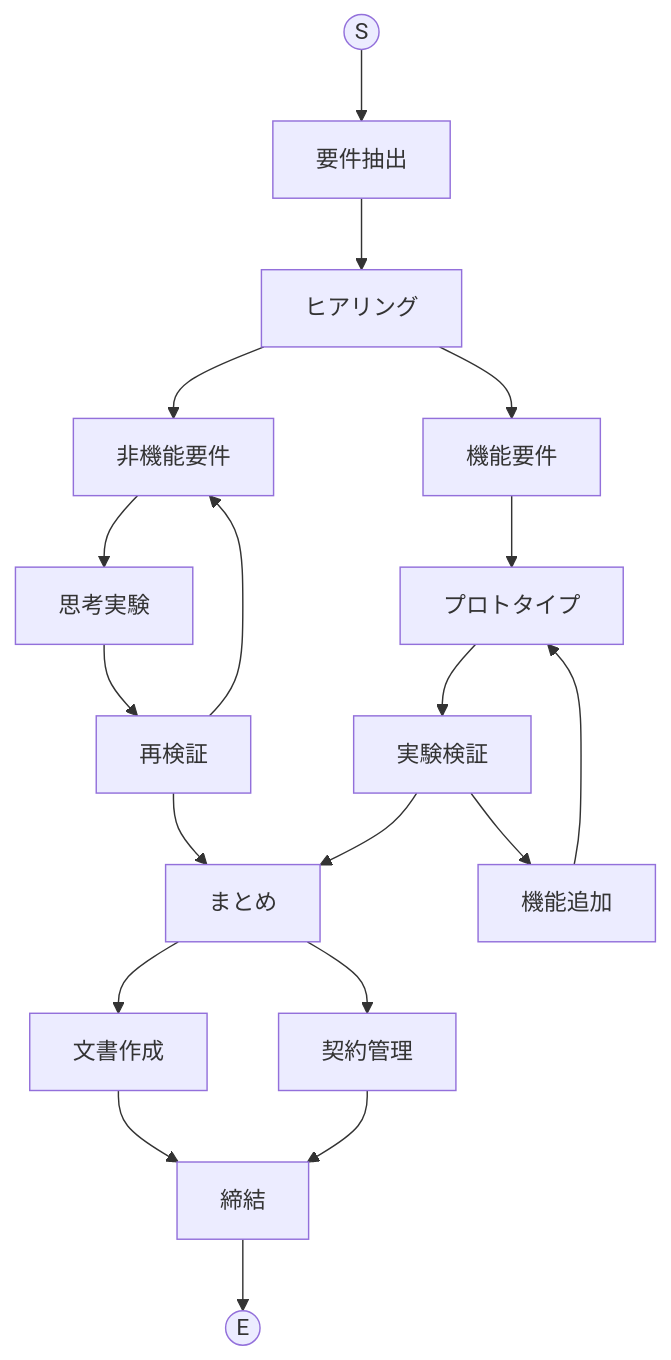
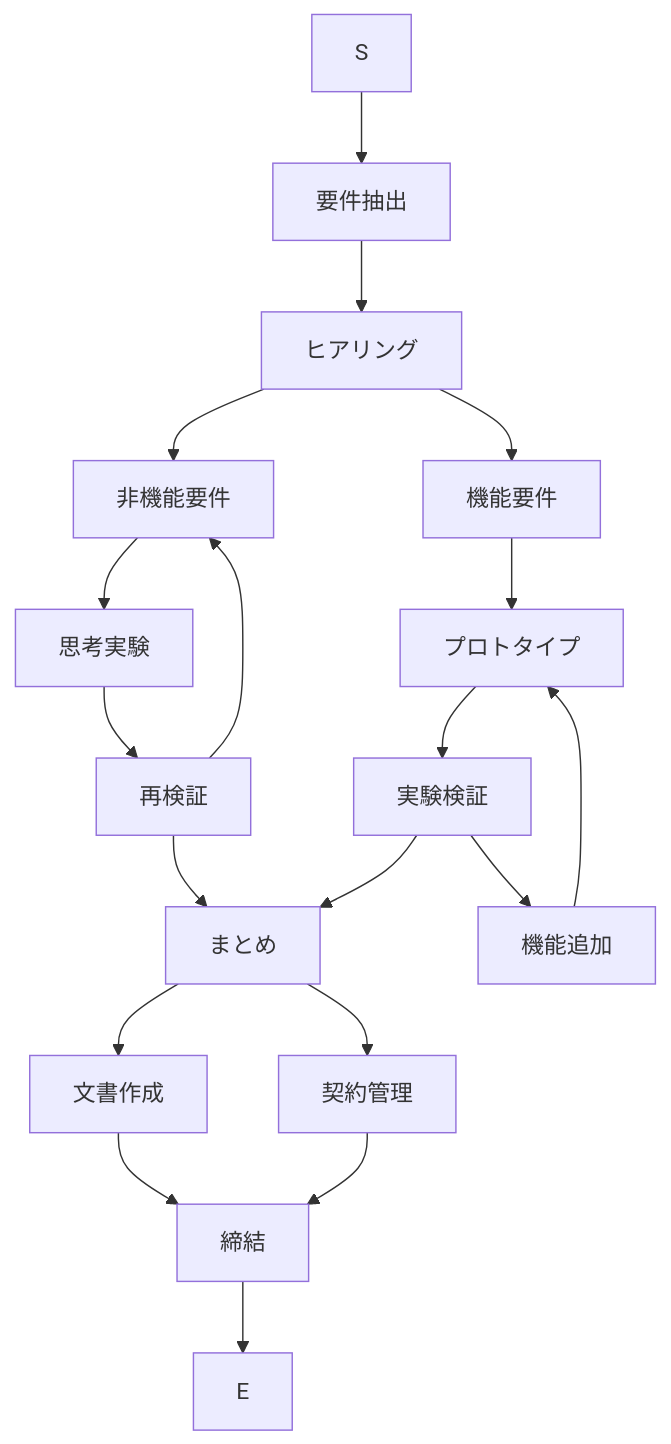
One commit to harumiWeb/exstruct changed the diagram in sample/sample-shape-connector.md. Above: the diagram before and after it, drawn with Mermaid. The commit also changed other lines of this file and 12 other files, not shown here.

````diff
--- a/sample/sample-shape-connector.md
+++ b/sample/sample-shape-connector.md
@@ -3,42 +50,21 @@
 ```mermaid
 flowchart TD
-  %% ノード定義
-  Oval1(("S"))
-  Oval2(("E"))
-  Rectangle3["要件抽出"]
-  Rectangle10["ヒアリング"]
-  Rectangle11["非機能要件"]
-  Rectangle12["機能要件"]
-  Rectangle25["プロトタイプ"]
-  Rectangle26["実験検証"]
-  Rectangle27["思考実験"]
-  Rectangle28["再検証"]
-  Rectangle29["まとめ"]
-  Rectangle30["文書作成"]
-  Rectangle31["契約管理"]
-  Rectangle32["締結"]
-  Rectangle92["機能追加"]
-
-  %% フロー定義（コネクタ）
-  Oval1 --> Rectangle3
-  Rectangle3 --> Rectangle10
-  Rectangle10 --> Rectangle11
-  Rectangle10 --> Rectangle12
-  Rectangle11 --> Rectangle27
-  Rectangle27 --> Rectangle28
-  Rectangle28 --> Rectangle29
-  Rectangle29 --> Rectangle30
-  Rectangle29 --> Rectangle31
-  Rectangle30 --> Rectangle32
-  Rectangle31 --> Rectangle32
-  Rectangle32 --> Oval2
-
-  Rectangle12 --> Rectangle25
-  Rectangle25 --> Rectangle26
-  Rectangle26 --> Rectangle29
-
-  %% ループ系
-  Rectangle28 --> Rectangle11
-  Rectangle26 --> Rectangle92
-  Rectangle92 --> Rectangle25
-  ```
+    n1["S"] --> n3["要件抽出"]
+    n3 --> n4["ヒアリング"]
+    n4 --> n5["非機能要件"]
+    n4 --> n6["機能要件"]
+    n5 --> n9["思考実験"]
+    n9 --> n10["再検証"]
+    n10 --> n11["まとめ"]
+    n11 --> n12["文書作成"]
+    n11 --> n13["契約管理"]
+    n12 --> n14["締結"]
+    n13 --> n14
+    n14 --> n2["E"]
+    n6 --> n7["プロトタイプ"]
+    n7 --> n8["実験検証"]
+    n8 --> n11
+    n10 --> n5
+    n8 --> n15["機能追加"]
+    n15 --> n7
+```
````
